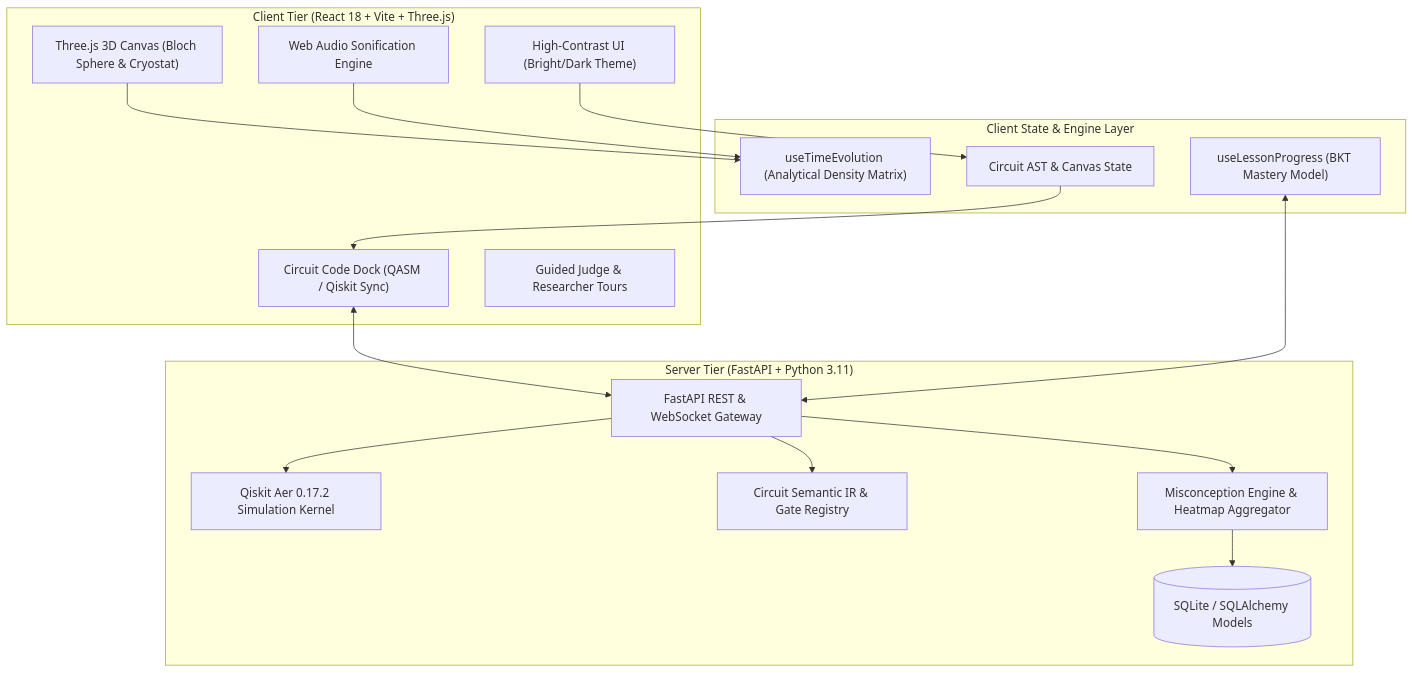
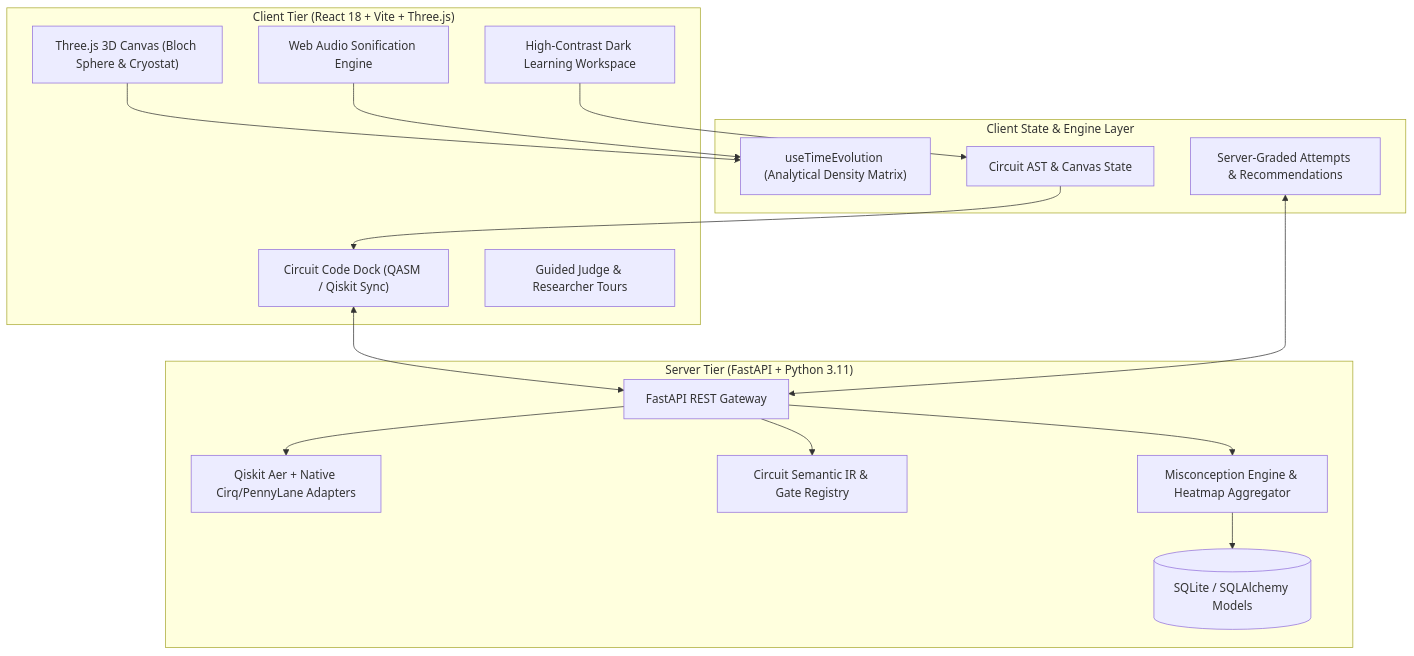
Before and after one commit to NVNAGATHARUN/quantum-fragility-playground: the diagram in README.md, drawn with Mermaid. The commit also changed other lines of this file and 98 other files, not shown here.

````diff
--- a/README.md
+++ b/README.md
@@ -120,35 +120,35 @@
 ```mermaid
 flowchart TB
     subgraph Client ["Client Tier (React 18 + Vite + Three.js)"]
-        UI["High-Contrast UI (Bright/Dark Theme)"]
+        UI["High-Contrast Dark Learning Workspace"]
         Three["Three.js 3D Canvas (Bloch Sphere & Cryostat)"]
         Dock["Circuit Code Dock (QASM / Qiskit Sync)"]
         Audio["Web Audio Sonification Engine"]
         Tour["Guided Judge & Researcher Tours"]
     end
 
     subgraph State ["Client State & Engine Layer"]
         SimHook["useTimeEvolution (Analytical Density Matrix)"]
-        Mastery["useLessonProgress (BKT Mastery Model)"]
+        Mastery["Server-Graded Attempts & Recommendations"]
         StudioState["Circuit AST & Canvas State"]
     end
 
     subgraph Backend ["Server Tier (FastAPI + Python 3.11)"]
-        API["FastAPI REST & WebSocket Gateway"]
-        QiskitSim["Qiskit Aer 0.17.2 Simulation Kernel"]
+        API["FastAPI REST Gateway"]
+        QiskitSim["Qiskit Aer + Native Cirq/PennyLane Adapters"]
         IRValidator["Circuit Semantic IR & Gate Registry"]
         Pedagogy["Misconception Engine & Heatmap Aggregator"]
         DB[(SQLite / SQLAlchemy Models)]
     end
 
     UI --> StudioState
     Three --> SimHook
     Audio --> SimHook
     StudioState --> Dock
     Dock <--> API
     API --> IRValidator
     API --> QiskitSim
     API --> Pedagogy
     Pedagogy --> DB
     Mastery <--> API
 ```
````
